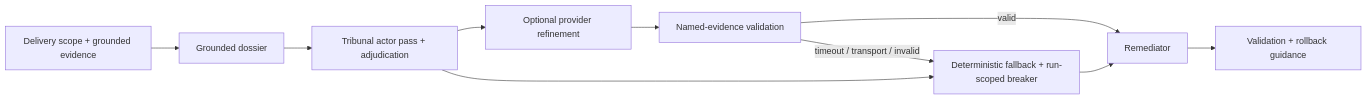
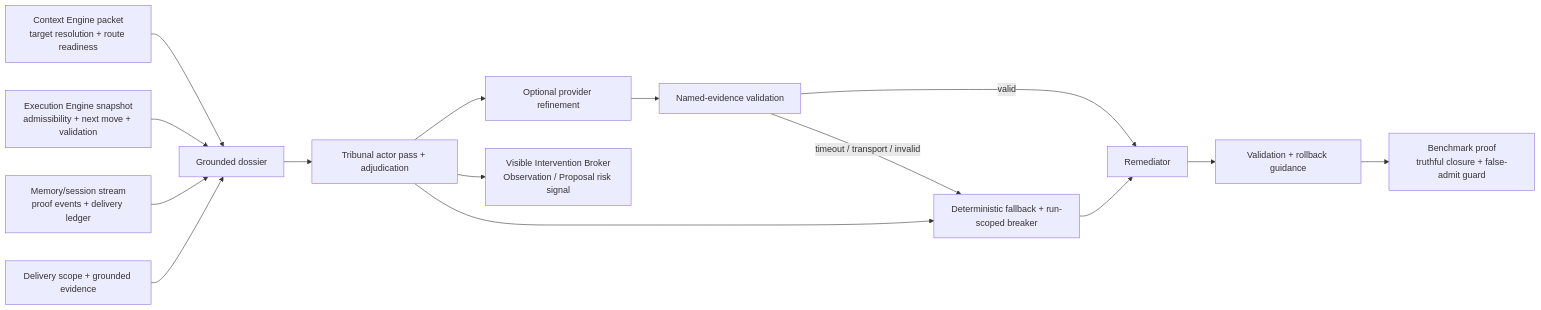
Before and after one commit to odylith/odylith: the diagram in odylith/atlas/source/odylith-diagnosis-and-remediation-loop.mmd, drawn with Mermaid. The commit also changed 1663 other files, not shown here.

```diff
--- a/odylith/atlas/source/odylith-diagnosis-and-remediation-loop.mmd
+++ b/odylith/atlas/source/odylith-diagnosis-and-remediation-loop.mmd
@@ -1,11 +1,16 @@
-%% Reviewed 2026-03-30 for the Tribunal fallback and provider-breaker contract before release proof.
+%% Reviewed 2026-04-17 for v0.1.11 to show Context Engine packet evidence, Execution Engine admissibility, Tribunal diagnosis, visible intervention proof, and Remediator validation as one loop.
 flowchart LR
-    delivery["Delivery scope + grounded evidence"] --> dossier["Grounded dossier"]
+    context["Context Engine packet<br/>target resolution + route readiness"] --> dossier["Grounded dossier"]
+    execution["Execution Engine snapshot<br/>admissibility + next move + validation"] --> dossier
+    memory["Memory/session stream<br/>proof events + delivery ledger"] --> dossier
+    delivery["Delivery scope + grounded evidence"] --> dossier
     dossier --> tribunal["Tribunal actor pass + adjudication"]
     tribunal --> provider["Optional provider refinement"]
     provider --> validator["Named-evidence validation"]
     validator -- "valid" --> packet["Remediator"]
     validator -- "timeout / transport / invalid" --> fallback["Deterministic fallback + run-scoped breaker"]
     tribunal --> fallback
     fallback --> packet
     packet --> validation["Validation + rollback guidance"]
+    tribunal --> intervention["Visible Intervention Broker<br/>Observation / Proposal risk signal"]
+    validation --> benchmark["Benchmark proof<br/>truthful closure + false-admit guard"]
```
